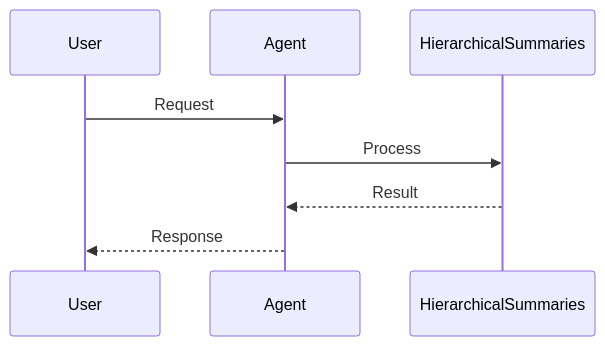
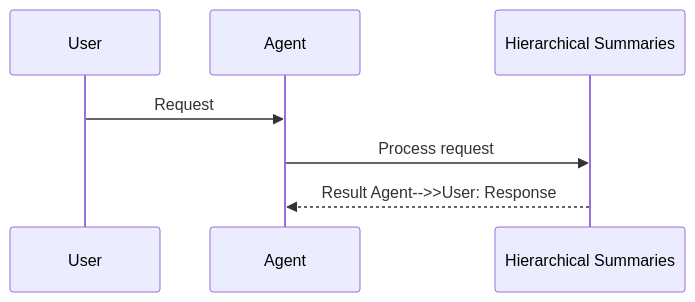
Before and after one commit to MervinPraison/PraisonAIDocs: the second of 2 diagrams in docs/features/hierarchical-summaries.mdx, drawn with Mermaid. The commit also changed 204 other files, not shown here.

First line of the commit message:
docs: align feature/tool pages with AGENTS.md hero + sequence + import standards (fixes #1775)

````diff
--- a/docs/features/hierarchical-summaries.mdx
+++ b/docs/features/hierarchical-summaries.mdx
@@ -44,11 +44,10 @@
 ```mermaid
 sequenceDiagram
     participant User
     participant Agent
-    participant HierarchicalSummaries
+    participant Feature as Hierarchical Summaries
 
     User->>Agent: Request
-    Agent->>HierarchicalSummaries: Process
-    HierarchicalSummaries-->>Agent: Result
-    Agent-->>User: Response
+    Agent->>Feature: Process request
+    Feature-->>Agent: Result    Agent-->>User: Response
 ```
````
